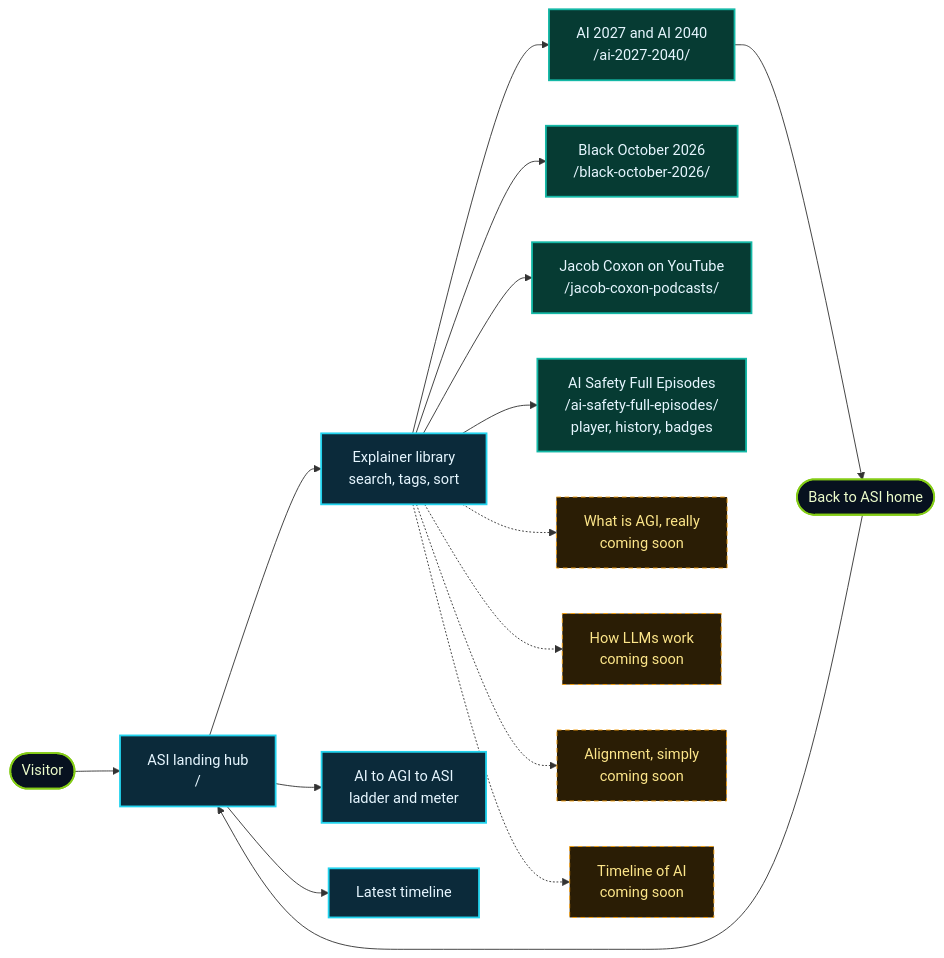
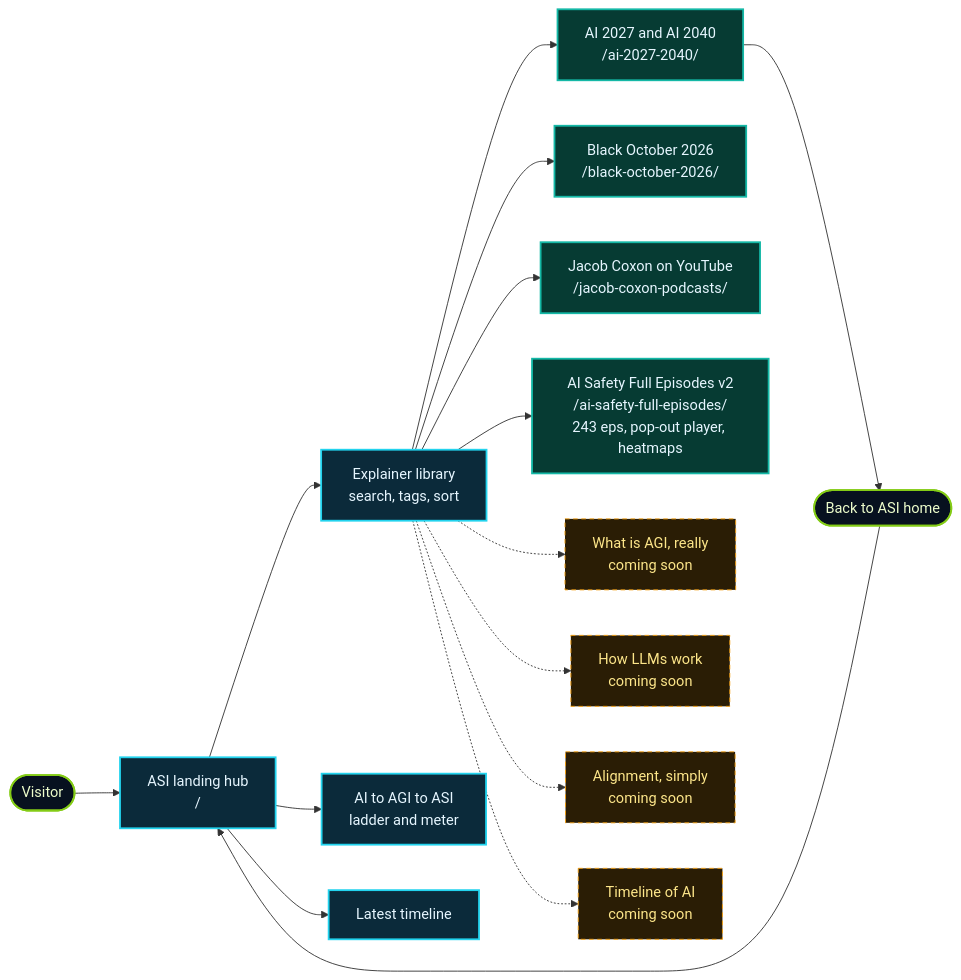
The first of 12 diagrams in README.md (lo3elyon/ASI), drawn with Mermaid before and after one commit. The commit also changed other lines of this file, not shown here.

Commit message:
ai-safety-full-episodes v2: README.md

````diff
--- a/README.md
+++ b/README.md
@@ -70,25 +70,25 @@
 ```mermaid
 flowchart LR
     V(["Visitor"]) --> H["ASI landing hub<br/>/"]
     H --> L["Explainer library<br/>search, tags, sort"]
     H --> G["AI to AGI to ASI<br/>ladder and meter"]
     H --> T["Latest timeline"]
     L --> E1["AI 2027 and AI 2040<br/>/ai-2027-2040/"]
     L --> E6["Black October 2026<br/>/black-october-2026/"]
     L --> E7["Jacob Coxon on YouTube<br/>/jacob-coxon-podcasts/"]
-    L --> E8["AI Safety Full Episodes<br/>/ai-safety-full-episodes/<br/>player, history, badges"]
+    L --> E8["AI Safety Full Episodes v2<br/>/ai-safety-full-episodes/<br/>243 eps, pop-out player, heatmaps"]
     L -.-> E2["What is AGI, really<br/>coming soon"]
     L -.-> E3["How LLMs work<br/>coming soon"]
     L -.-> E4["Alignment, simply<br/>coming soon"]
     L -.-> E5["Timeline of AI<br/>coming soon"]
     E1 --> B(["Back to ASI home"])
     B --> H
     classDef hub fill:#0b2a3a,stroke:#22d3ee,stroke-width:2px,color:#e6f6ff
     classDef live fill:#063b33,stroke:#14b8a6,stroke-width:2px,color:#e6f6ff
     classDef soon fill:#2a1d05,stroke:#f59e0b,stroke-dasharray:5 4,color:#fde68a
     classDef user fill:#07111f,stroke:#84cc16,stroke-width:2px,color:#ecfccb
     class H,L,G,T hub
     class E1,E6,E7,E8 live
     class E2,E3,E4,E5 soon
     class V,B user
 ```
````
